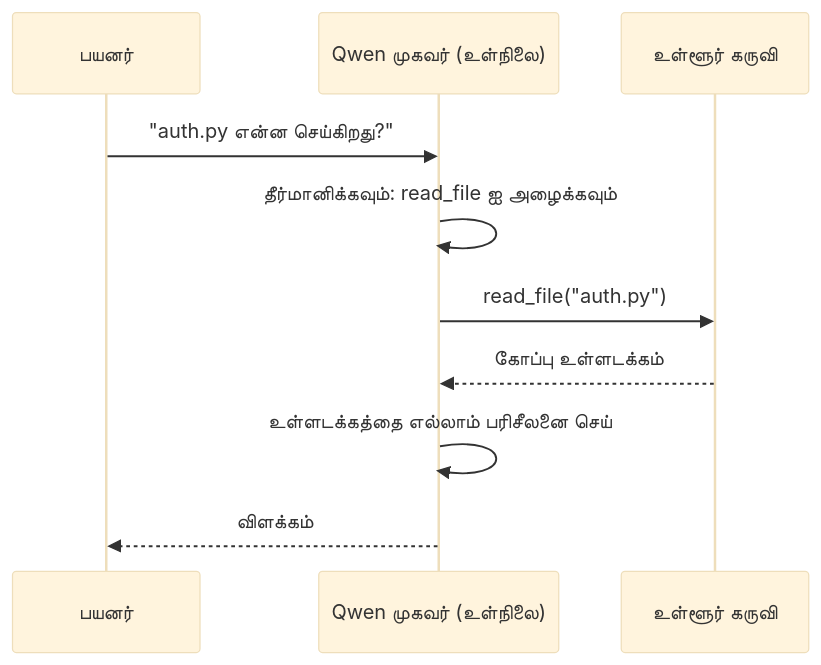
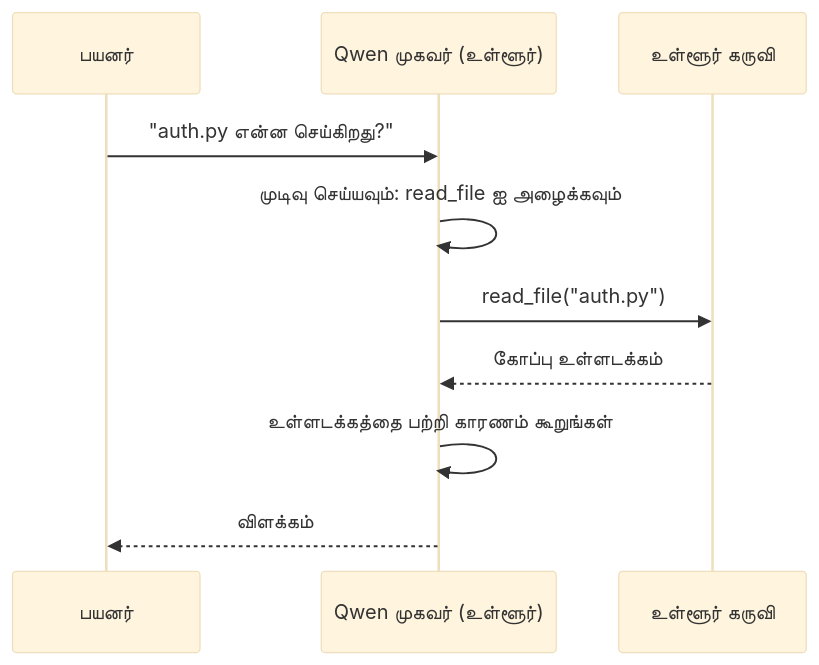
One commit to gabrielmoreira/agent-skills-mirror changed the second of 4 diagrams in mirrors/repos/microsoft@ai-agents-for-beginners/translations/ta/17-creating-local-ai-agents/README.md. Above: the diagram before and after it, drawn with Mermaid (base theme). The commit also changed other lines of this file and 4262 other files, not shown here.

````diff
--- a/mirrors/repos/microsoft@ai-agents-for-beginners/translations/ta/17-creating-local-ai-agents/README.md
+++ b/mirrors/repos/microsoft@ai-agents-for-beginners/translations/ta/17-creating-local-ai-agents/README.md
@@ -106,12 +106,12 @@
 ```mermaid
 sequenceDiagram
     participant U as பயனர்
-    participant A as Qwen முகவர் (உள்நிலை)
+    participant A as Qwen முகவர் (உள்ளூர்)
     participant T as உள்ளூர் கருவி
     U->>A: "auth.py என்ன செய்கிறது?"
-    A->>A: தீர்மானிக்கவும்: read_file ஐ அழைக்கவும்
+    A->>A: முடிவு செய்யவும்: read_file ஐ அழைக்கவும்
     A->>T: read_file("auth.py")
     T-->>A: கோப்பு உள்ளடக்கம்
-    A->>A: உள்ளடக்கத்தை எல்லாம் பரிசீலனை செய்
+    A->>A: உள்ளடக்கத்தை பற்றி காரணம் கூறுங்கள்
     A-->>U: விளக்கம்
 ```
````
